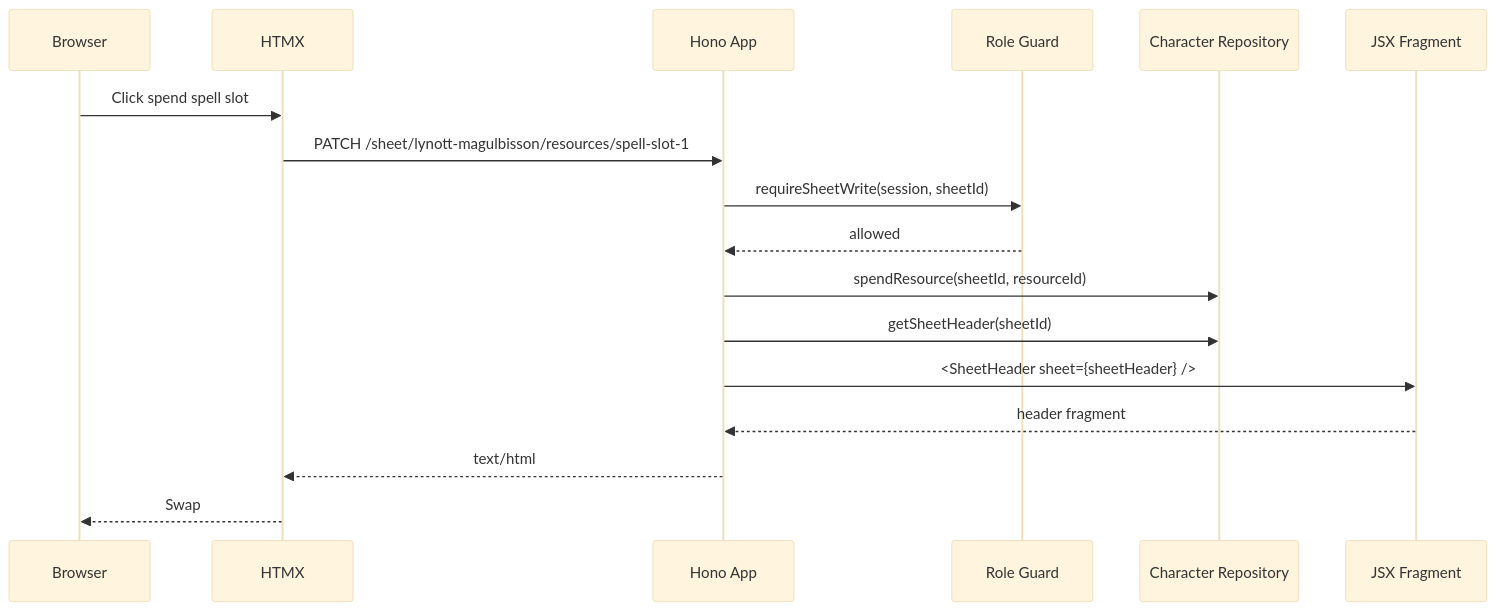
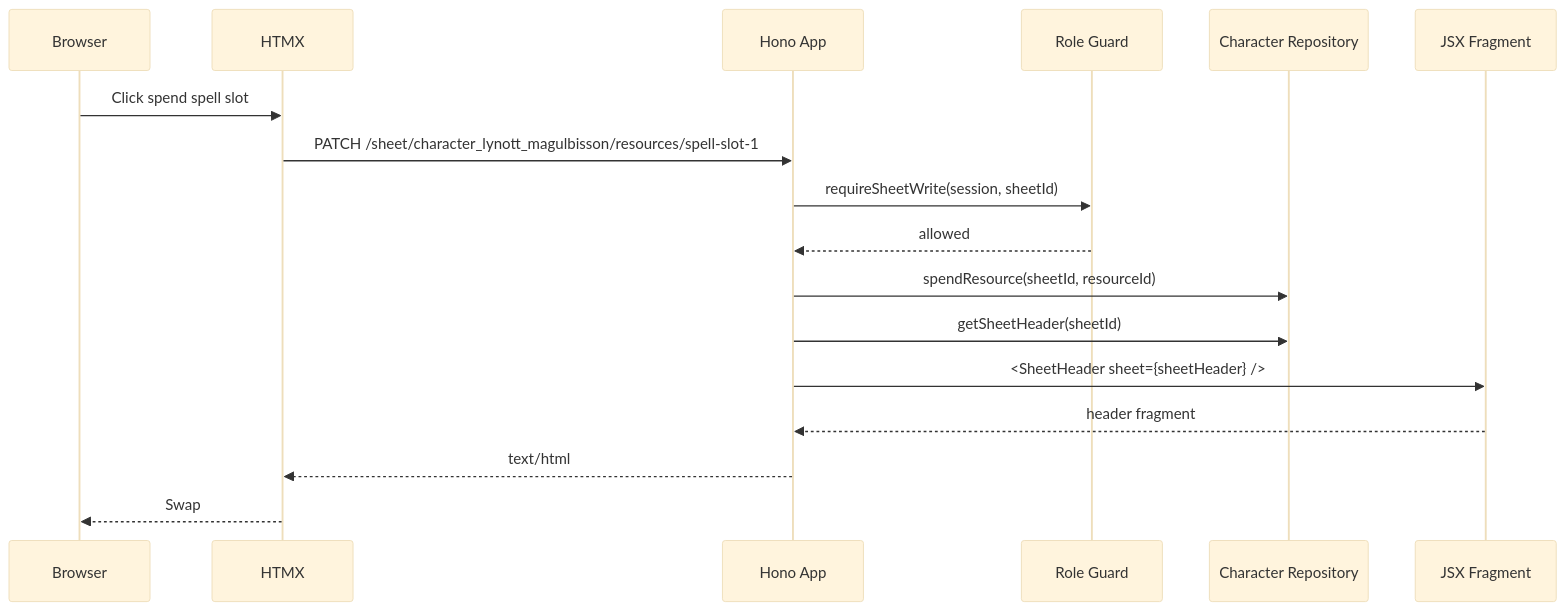
One commit to Macavitymadcap/character-sheet changed the second of 5 diagrams in ARCHITECTURE.md. Above: the diagram before and after it, drawn with Mermaid (base theme). The commit also changed other lines of this file and 33 other files, not shown here.

Commit message:
feat(sheet): add app shell and sheet navigation

````diff
--- a/ARCHITECTURE.md
+++ b/ARCHITECTURE.md
@@ -87,20 +87,20 @@
 ```mermaid
 sequenceDiagram
     participant Browser
     participant HTMX
     participant App as Hono App
     participant Guard as Role Guard
     participant Repo as Character Repository
     participant View as JSX Fragment
 
     Browser->>HTMX: Click spend spell slot
-    HTMX->>App: PATCH /sheet/lynott-magulbisson/resources/spell-slot-1
+    HTMX->>App: PATCH /sheet/character_lynott_magulbisson/resources/spell-slot-1
     App->>Guard: requireSheetWrite(session, sheetId)
     Guard-->>App: allowed
     App->>Repo: spendResource(sheetId, resourceId)
     App->>Repo: getSheetHeader(sheetId)
     App->>View: <SheetHeader sheet={sheetHeader} />
     View-->>App: header fragment
     App-->>HTMX: text/html
     HTMX-->>Browser: Swap #sheet-header
 ```
````
